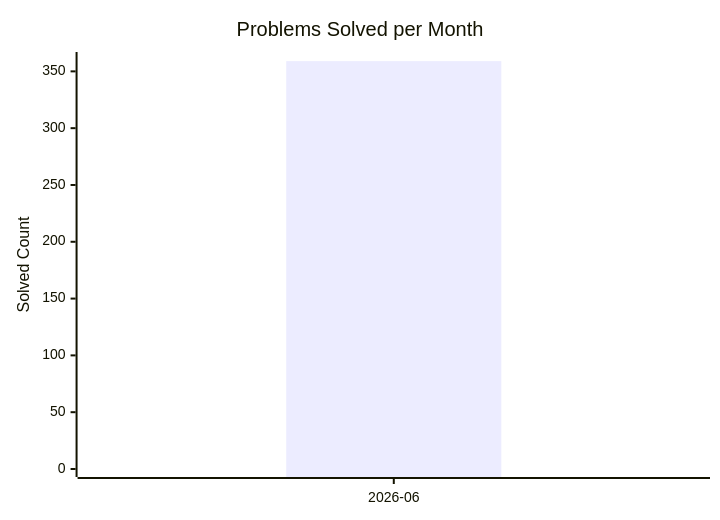
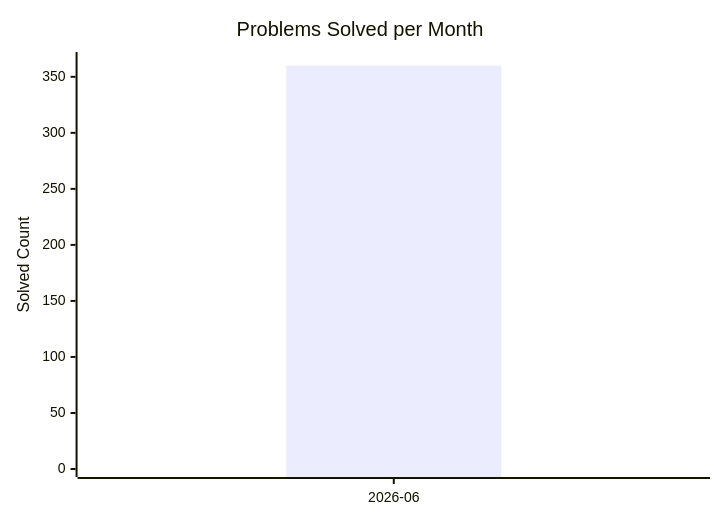
The diagram in dashboard.md (AdityaPandey-DEV/CP-Progress-Sync), drawn with Mermaid before and after one commit. The commit also changed other lines of this file, not shown here.

Commit message:
Auto-update CP dashboard [skip ci]

````diff
--- a/dashboard.md
+++ b/dashboard.md
@@ -8,8 +8,8 @@
 ```mermaid
 xychart-beta
     title "Problems Solved per Month"
     x-axis ["2026-06"]
-    y-axis "Solved Count" 0 --> 360
-    bar [359]
-    line [359]
+    y-axis "Solved Count" 0 --> 365
+    bar [360]
+    line [360]
 ```
````
